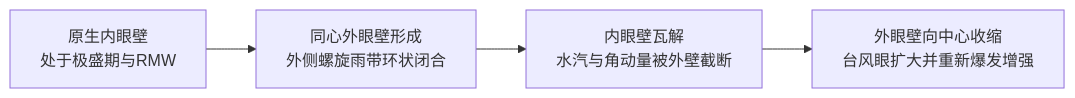
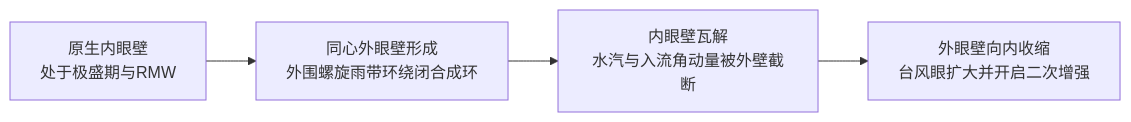
One commit to kenjinote/blog changed the third of 11 diagrams in content/post/typhoon-meteorology-mechanisms-historic-disasters-guide/index.zh-cn.md. Above: the diagram before and after it, drawn with Mermaid. The commit also changed other lines of this file and 11 other files, not shown here.

````diff
--- a/content/post/typhoon-meteorology-mechanisms-historic-disasters-guide/index.zh-cn.md
+++ b/content/post/typhoon-meteorology-mechanisms-historic-disasters-guide/index.zh-cn.md
@@ -108,6 +127,6 @@
 ```mermaid
 flowchart LR
-    E1["原生内眼壁<br/>处于极盛期与RMW"] --> E2["同心外眼壁形成<br/>外侧螺旋雨带环状闭合"]
-    E2 --> E3["内眼壁瓦解<br/>水汽与角动量被外壁截断"]
-    E3 --> E4["外眼壁向中心收缩<br/>台风眼扩大并重新爆发增强"]
+    E1["原生内眼壁<br/>处于极盛期与RMW"] --> E2["同心外眼壁形成<br/>外围螺旋雨带环绕闭合成环"]
+    E2 --> E3["内眼壁瓦解<br/>水汽与入流角动量被外壁截断"]
+    E3 --> E4["外眼壁向内收缩<br/>台风眼扩大并开启二次增强"]
 ```
````
